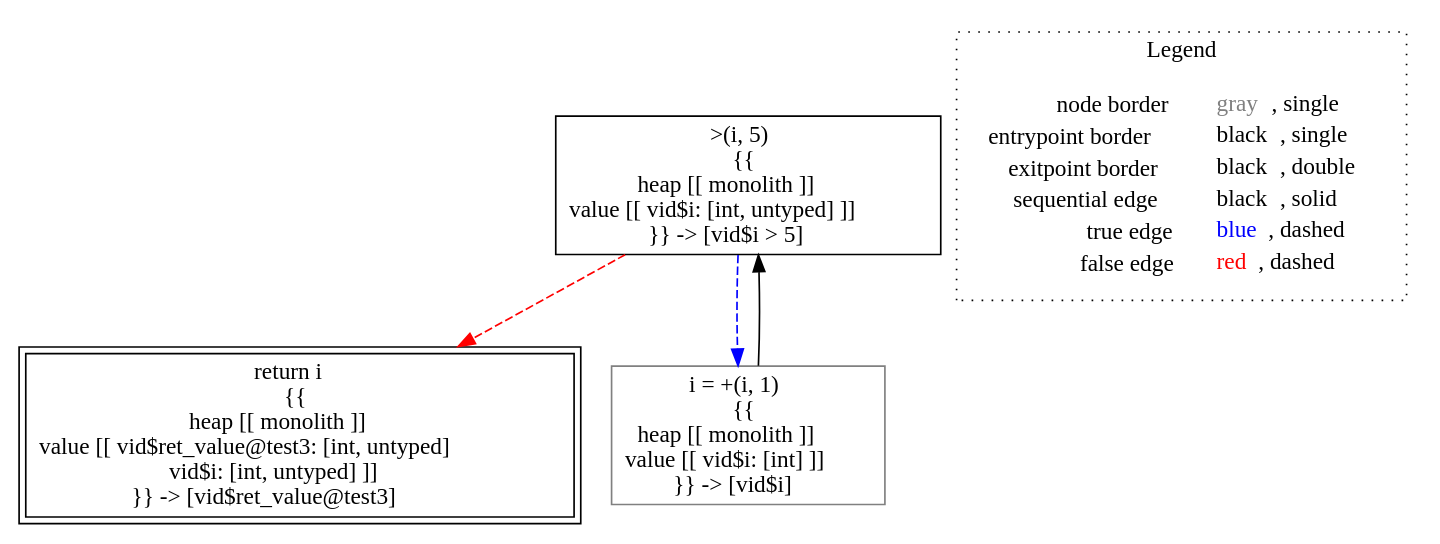
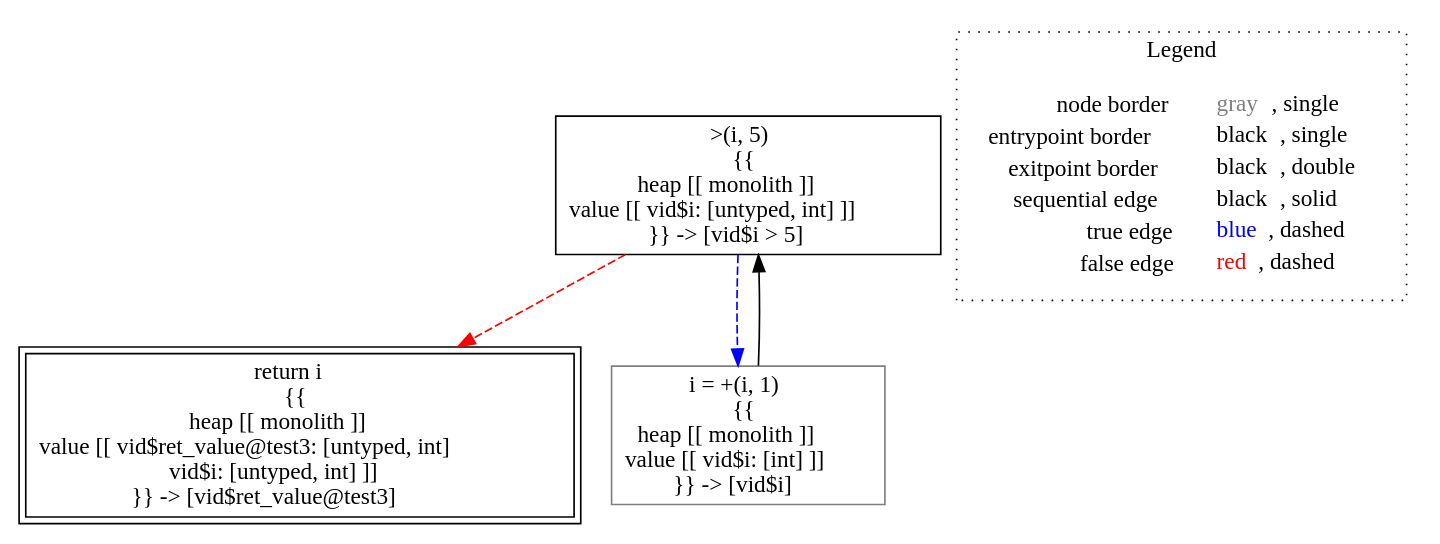
The diagram in lisa/imp-testcases/type-inference/typing___untyped_test3(untyped_i).dot (lisa-analyzer/lisa), drawn with Graphviz before and after one commit. The commit also changed 6 other files, not shown here.

```diff
--- a/lisa/imp-testcases/type-inference/typing___untyped_test3(untyped_i).dot
+++ b/lisa/imp-testcases/type-inference/typing___untyped_test3(untyped_i).dot
@@ -1,15 +1,15 @@
 digraph {
-	"node0" [shape="rect",color="black",label=<&gt;(i, 5)<BR/>{{<BR/>heap [[ monolith ]]<BR/>value [[ vid$i: [int, untyped] ]]<BR/>}} -&gt; [vid$i &gt; 5]>];
-	"node1" [shape="rect",color="black",peripheries="2",label=<return i<BR/>{{<BR/>heap [[ monolith ]]<BR/>value [[ vid$ret_value@test3: [int, untyped]<BR/>vid$i: [int, untyped] ]]<BR/>}} -&gt; [vid$ret_value@test3]>];
+	"node0" [shape="rect",color="black",label=<&gt;(i, 5)<BR/>{{<BR/>heap [[ monolith ]]<BR/>value [[ vid$i: [untyped, int] ]]<BR/>}} -&gt; [vid$i &gt; 5]>];
+	"node1" [shape="rect",color="black",peripheries="2",label=<return i<BR/>{{<BR/>heap [[ monolith ]]<BR/>value [[ vid$ret_value@test3: [untyped, int]<BR/>vid$i: [untyped, int] ]]<BR/>}} -&gt; [vid$ret_value@test3]>];
 	"node2" [shape="rect",color="gray",label=<i = +(i, 1)<BR/>{{<BR/>heap [[ monolith ]]<BR/>value [[ vid$i: [int] ]]<BR/>}} -&gt; [vid$i]>];
 	"node0" -> "node1" [color="red",style="dashed"];
 	"node0" -> "node2" [color="blue",style="dashed"];
 	"node2" -> "node0" [color="black"];
 subgraph cluster_legend {
 	label="Legend";
 	style=dotted;
 	node [shape=plaintext];
 	"legend" [label=<<table border="0" cellpadding="2" cellspacing="0" cellborder="0"><tr><td align="right">node border&nbsp;</td><td align="left"><font color="gray">gray</font>, single</td></tr><tr><td align="right">entrypoint border&nbsp;</td><td align="left"><font color="black">black</font>, single</td></tr><tr><td align="right">exitpoint border&nbsp;</td><td align="left"><font color="black">black</font>, double</td></tr><tr><td align="right">sequential edge&nbsp;</td><td align="left"><font color="black">black</font>, solid</td></tr><tr><td align="right">true edge&nbsp;</td><td align="left"><font color="blue">blue</font>, dashed</td></tr><tr><td align="right">false edge&nbsp;</td><td align="left"><font color="red">red</font>, dashed</td></tr></table>>];
 }
 
 }
```
